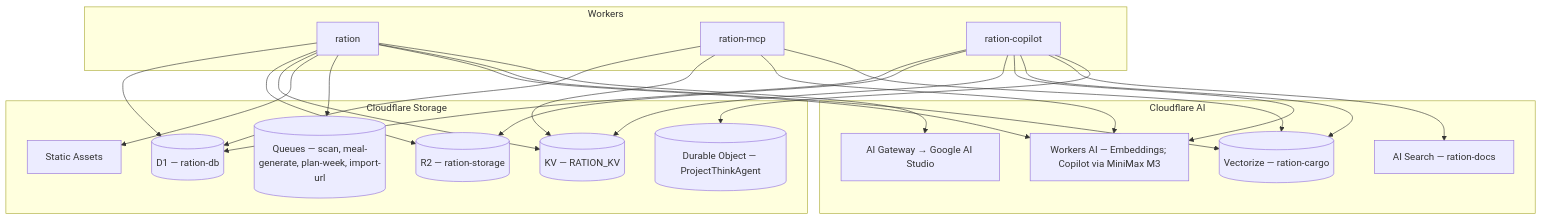
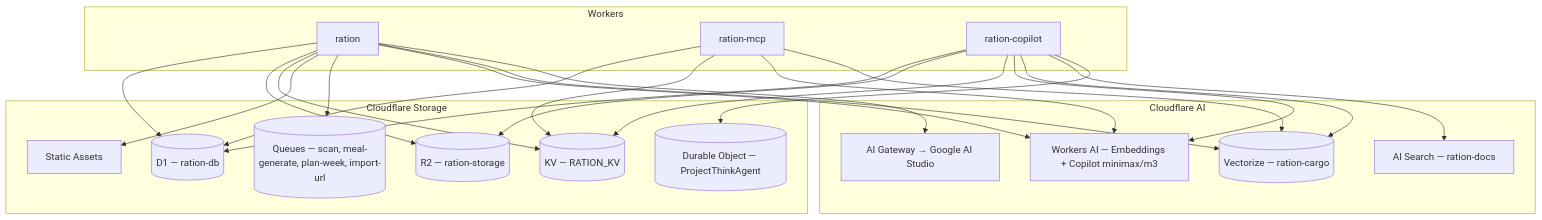
The fifth of 24 diagrams in README.md (bjamesdowning/ration-mirror), drawn with Mermaid before and after one commit. The commit also changed other lines of this file and 11 other files, not shown here.

First line of the commit message:
fix: keep Copilot on Cloudflare Workers AI

````diff
--- a/README.md
+++ b/README.md
@@ -152,46 +152,46 @@
 ```mermaid
 flowchart TB
     subgraph Workers["Workers"]
         Worker["ration"]
         McpHandler["ration-mcp"]
         CopilotHandler["ration-copilot"]
     end
 
     subgraph Storage["Cloudflare Storage"]
         D1[("D1 — ration-db")]
         R2[("R2 — ration-storage")]
         KV[("KV — RATION_KV")]
         Assets["Static Assets"]
         Queues[("Queues — scan, meal-generate, plan-week, import-url")]
         ThinkDO[("Durable Object — ProjectThinkAgent")]
     end
 
     subgraph AI["Cloudflare AI"]
-        AIBinding["Workers AI — Embeddings; Copilot via MiniMax M3"]
+        AIBinding["Workers AI — Embeddings + Copilot minimax/m3"]
         Vectorize[("Vectorize — ration-cargo")]
         AIGateway["AI Gateway → Google AI Studio"]
         AISearch["AI Search — ration-docs"]
     end
 
     Worker --> D1
     Worker --> R2
     Worker --> KV
     Worker --> Assets
     Worker --> Queues
     Worker --> AIBinding
     Worker --> Vectorize
     Worker --> AIGateway
 
     McpHandler --> D1
     McpHandler --> KV
     McpHandler --> AIBinding
     McpHandler --> Vectorize
 
     CopilotHandler --> D1
     CopilotHandler --> R2
     CopilotHandler --> KV
     CopilotHandler --> AIBinding
     CopilotHandler --> Vectorize
     CopilotHandler --> AISearch
     CopilotHandler --> ThinkDO
 ```
````
